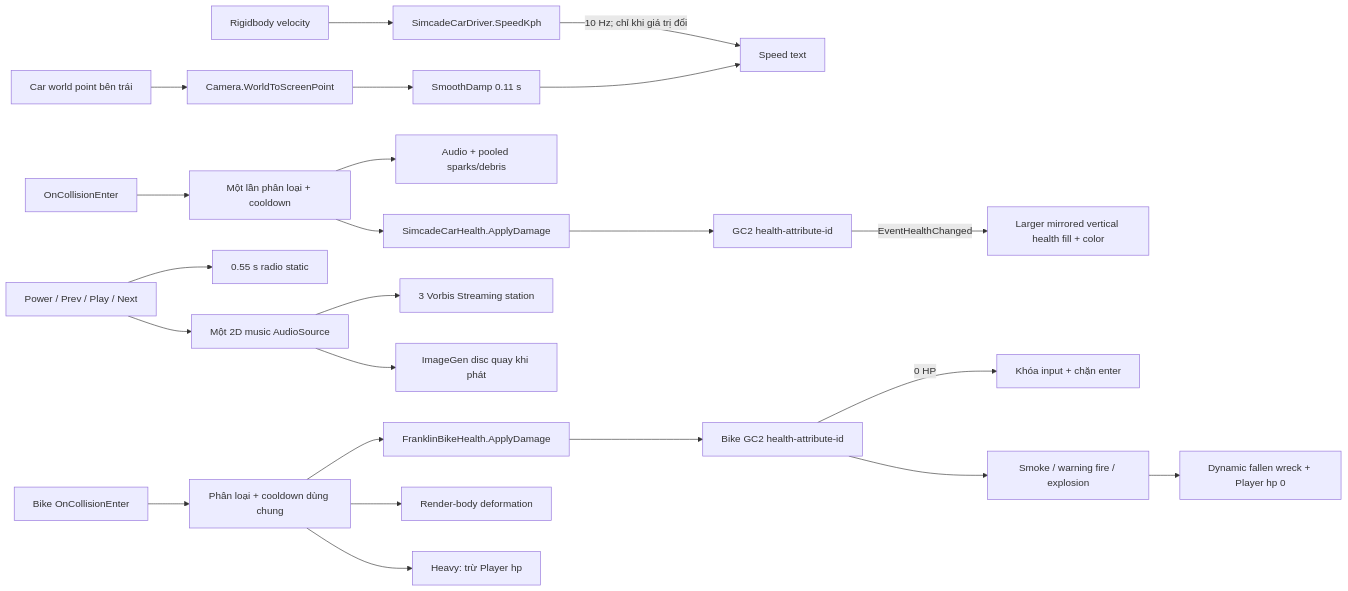
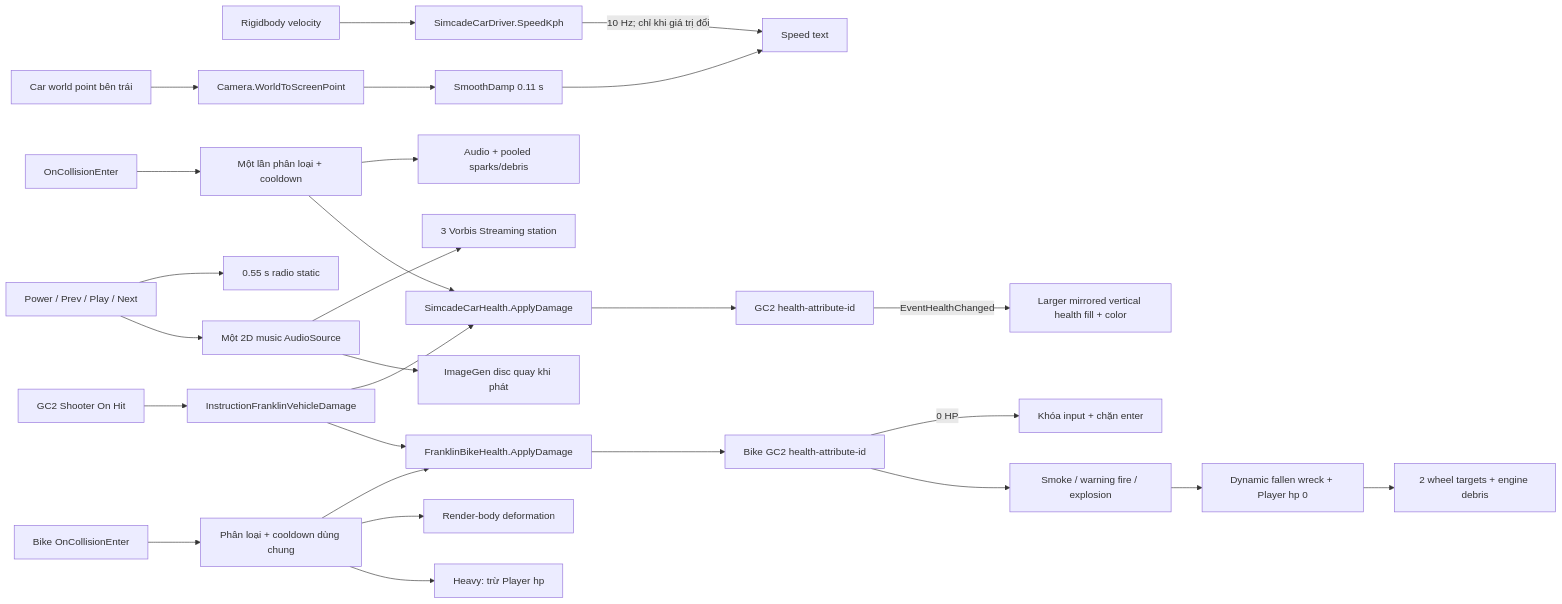
The third of 5 diagrams in Assets/Ash Assets/Vehicle Integration/README.md (diepquocphong/AnonymousCrime), drawn with Mermaid before and after one commit. The commit also changed other lines of this file and 162 other files, not shown here.

````diff
--- a/Assets/Ash Assets/Vehicle Integration/README.md
+++ b/Assets/Ash Assets/Vehicle Integration/README.md
@@ -646,25 +726,29 @@
 ```mermaid
 flowchart LR
     Rigidbody["Rigidbody velocity"] --> DriverSpeed["SimcadeCarDriver.SpeedKph"]
     DriverSpeed -->|"10 Hz; chỉ khi giá trị đổi"| SpeedText["Speed text"]
     CarWorld["Car world point bên trái"] --> Project["Camera.WorldToScreenPoint"]
     Project --> Smooth["SmoothDamp 0.11 s"]
     Smooth --> SpeedText
     Collision["OnCollisionEnter"] --> Impact["Một lần phân loại + cooldown"]
     Impact --> SoundFx["Audio + pooled sparks/debris"]
     Impact --> Damage["SimcadeCarHealth.ApplyDamage"]
+    ShooterHit["GC2 Shooter On Hit"] --> VehicleBridge["InstructionFranklinVehicleDamage"]
+    VehicleBridge --> Damage
     Damage --> GC2["GC2 health-attribute-id"]
     GC2 -->|"EventHealthChanged"| HealthBar["Larger mirrored vertical health fill + color"]
     RadioButtons["Power / Prev / Play / Next"] --> Tune["0.55 s radio static"]
     RadioButtons --> RadioSource["Một 2D music AudioSource"]
     RadioSource --> Stream["3 Vorbis Streaming station"]
     RadioSource --> Disc["ImageGen disc quay khi phát"]
     BikeCollision["Bike OnCollisionEnter"] --> BikeImpact["Phân loại + cooldown dùng chung"]
     BikeImpact --> BikeDamage["FranklinBikeHealth.ApplyDamage"]
+    VehicleBridge --> BikeDamage
     BikeDamage --> BikeGC2["Bike GC2 health-attribute-id"]
     BikeGC2 -->|"0 HP"| BikeDisable["Khóa input + chặn enter"]
     BikeImpact --> BikeDent["Render-body deformation"]
     BikeImpact --> BikePlayer["Heavy: trừ Player hp"]
     BikeGC2 --> BikeVfx["Smoke / warning fire / explosion"]
     BikeVfx --> BikeWreck["Dynamic fallen wreck + Player hp 0"]
+    BikeWreck --> BikeParts["2 wheel targets + engine debris"]
 ```
````
